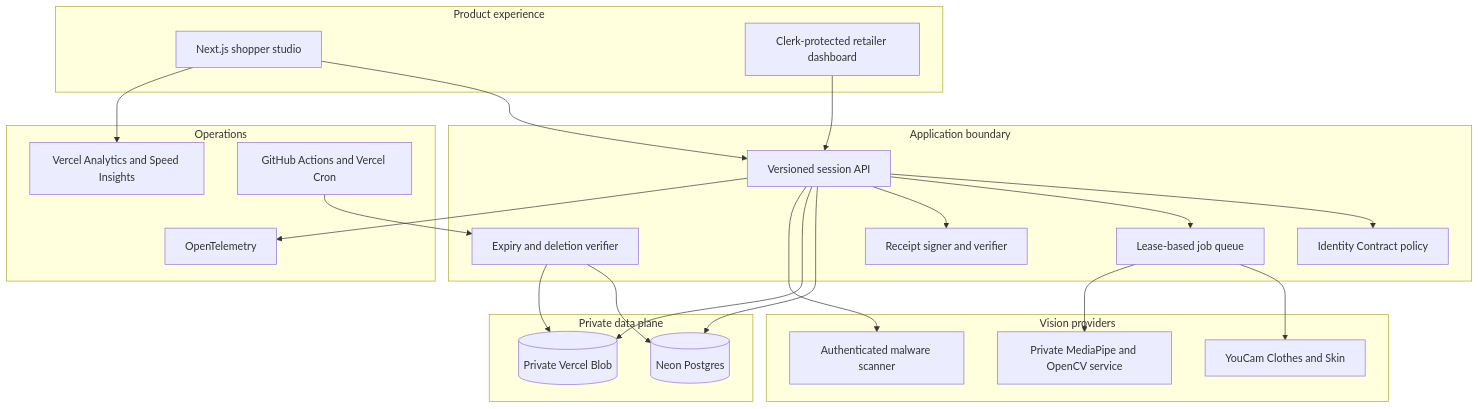
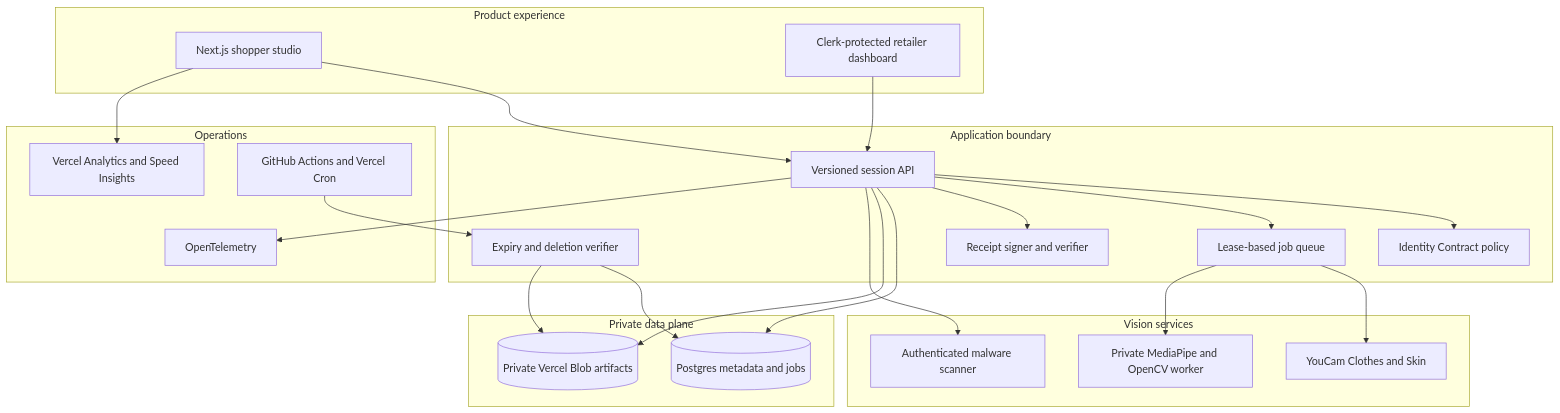
One commit to ankitlade12/keepme changed the second of 2 diagrams in README.md. Above: the diagram before and after it, drawn with Mermaid. The commit also changed other lines of this file and 7 other files, not shown here.

````diff
--- a/README.md
+++ b/README.md
@@ -75,48 +67,48 @@
 ```mermaid
 graph TB
     subgraph EXPERIENCE[Product experience]
         WEB[Next.js shopper studio]
         RETAIL[Clerk-protected retailer dashboard]
     end
 
     subgraph APPLICATION[Application boundary]
         API[Versioned session API]
         CONTRACT[Identity Contract policy]
         QUEUE[Lease-based job queue]
         RECEIPT[Receipt signer and verifier]
         CLEANUP[Expiry and deletion verifier]
     end
 
     subgraph DATA[Private data plane]
-        PG[(Neon Postgres)]
-        BLOB[(Private Vercel Blob)]
+        PG[(Postgres metadata and jobs)]
+        BLOB[(Private Vercel Blob artifacts)]
     end
 
-    subgraph VISION[Vision providers]
+    subgraph VISION[Vision services]
         YOUCAM[YouCam Clothes and Skin]
-        WORKER[Private MediaPipe and OpenCV service]
+        WORKER[Private MediaPipe and OpenCV worker]
         SCAN[Authenticated malware scanner]
     end
 
     subgraph OPERATIONS[Operations]
         OTEL[OpenTelemetry]
         ANALYTICS[Vercel Analytics and Speed Insights]
         CRON[GitHub Actions and Vercel Cron]
     end
 
     WEB --> API
     RETAIL --> API
     API --> CONTRACT
     API --> QUEUE
     API --> RECEIPT
     API --> PG
     API --> BLOB
     QUEUE --> YOUCAM
     QUEUE --> WORKER
     API --> SCAN
     CLEANUP --> PG
     CLEANUP --> BLOB
     CRON --> CLEANUP
     API --> OTEL
     WEB --> ANALYTICS
 ```
````
